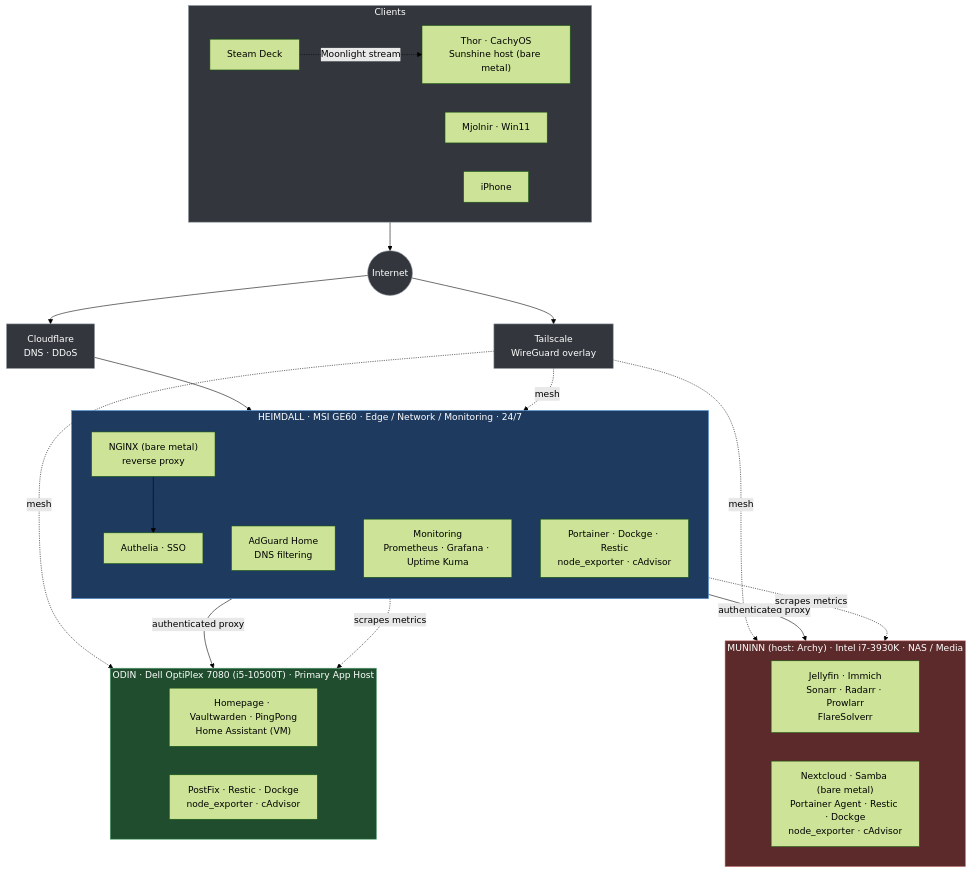
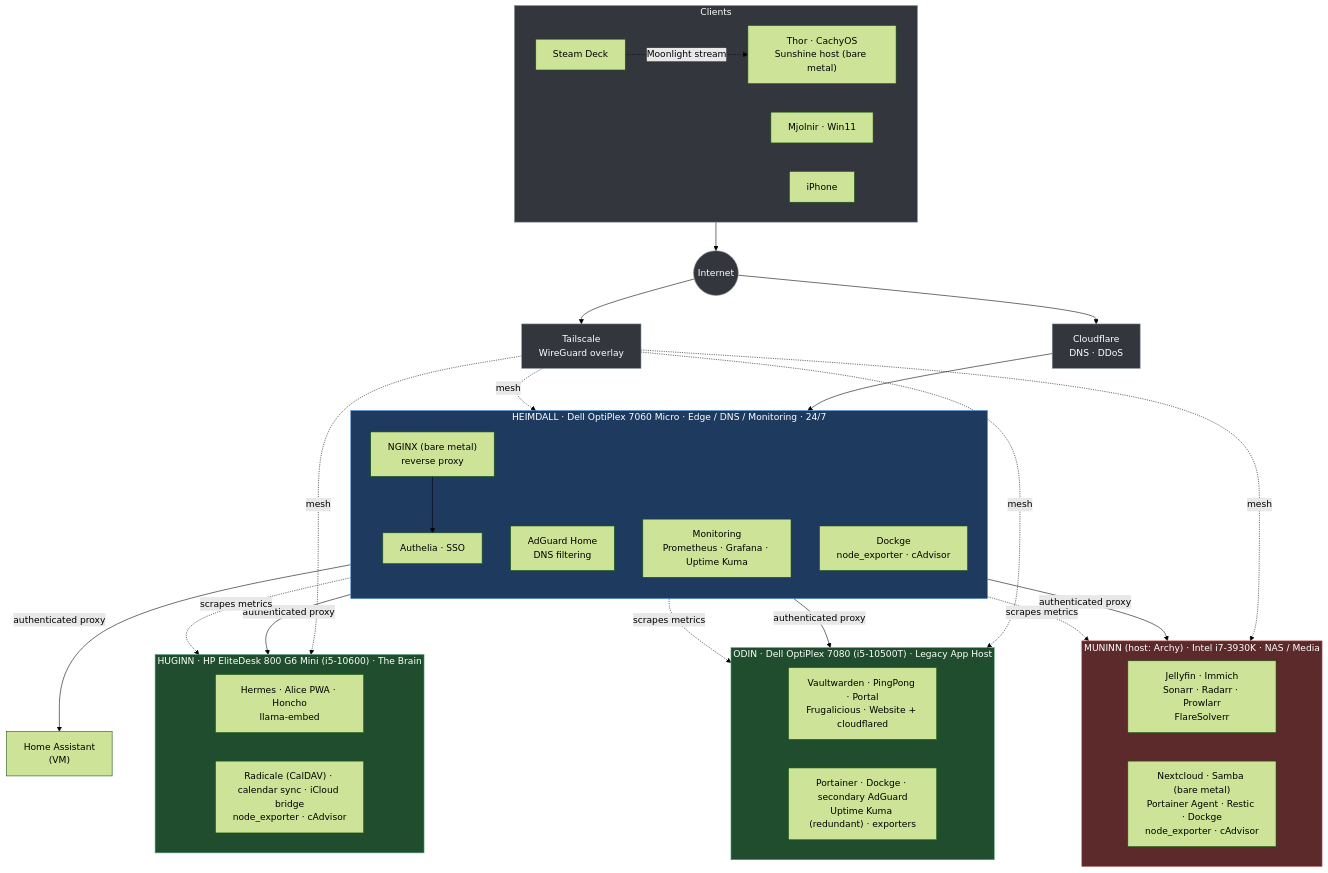
The diagram in README.md (bjschnell/NoPlaceLikeHomelab), drawn with Mermaid (forest theme) before and after one commit. The commit also changed other lines of this file and 5 other files, not shown here.

Commit message:
docs: update for October 2026 fleet change (Huginn added, Heimdall rebuilt, Odin trimmed)

````diff
--- a/README.md
+++ b/README.md
@@ -43,53 +49,65 @@
 ```mermaid
 graph TB
     subgraph Clients["Clients"]
         direction LR
         Thor["Thor · CachyOS<br/>Sunshine host (bare metal)"]
         Mjolnir["Mjolnir · Win11"]
         SteamDeck["Steam Deck"]
         iPhone["iPhone"]
     end
 
     Clients --> Internet(("Internet"))
     Internet --> Cloudflare["Cloudflare<br/>DNS · DDoS"]
     Internet --> Tailscale["Tailscale<br/>WireGuard overlay"]
     Cloudflare --> NGINX
 
-    subgraph Heimdall["HEIMDALL · MSI GE60 · Edge / Network / Monitoring · 24/7"]
+    subgraph Heimdall["HEIMDALL · Dell OptiPlex 7060 Micro · Edge / DNS / Monitoring · 24/7"]
         direction TB
         NGINX["NGINX (bare metal)<br/>reverse proxy"] --> Authelia["Authelia · SSO"]
         AdGuard["AdGuard Home<br/>DNS filtering"]
         Obs["Monitoring<br/>Prometheus · Grafana · Uptime Kuma"]
-        Mgmt_H["Portainer · Dockge · Restic<br/>node_exporter · cAdvisor"]
+        Mgmt_H["Dockge<br/>node_exporter · cAdvisor"]
     end
 
-    subgraph Odin["ODIN · Dell OptiPlex 7080 (i5-10500T) · Primary App Host"]
+    subgraph Huginn["HUGINN · HP EliteDesk 800 G6 Mini (i5-10600) · The Brain"]
         direction LR
-        A_apps["Homepage · Vaultwarden · PingPong<br/>Home Assistant (VM)"]
-        A_mgmt["PostFix · Restic · Dockge<br/>node_exporter · cAdvisor"]
+        H_ai["Hermes · Alice PWA · Honcho<br/>llama-embed"]
+        H_svc["Radicale (CalDAV) · calendar sync · iCloud bridge<br/>node_exporter · cAdvisor"]
     end
+
+    subgraph Odin["ODIN · Dell OptiPlex 7080 (i5-10500T) · Legacy App Host"]
+        direction LR
+        A_apps["Vaultwarden · PingPong · Portal<br/>Frugalicious · Website + cloudflared"]
+        A_mgmt["Portainer · Dockge · secondary AdGuard<br/>Uptime Kuma (redundant) · exporters"]
+    end
+
+    HA["Home Assistant<br/>(VM)"]
 
     subgraph Muninn["MUNINN (host: Archy) · Intel i7-3930K · NAS / Media"]
         direction LR
         M_media["Jellyfin · Immich<br/>Sonarr · Radarr · Prowlarr<br/>FlareSolverr"]
         M_store["Nextcloud · Samba (bare metal)<br/>Portainer Agent · Restic · Dockge<br/>node_exporter · cAdvisor"]
     end
 
+    Authelia -- authenticated proxy --> Huginn
     Authelia -- authenticated proxy --> Odin
+    Authelia -- authenticated proxy --> HA
     Authelia -- authenticated proxy --> Muninn
     Tailscale -. mesh .-> Heimdall
+    Tailscale -. mesh .-> Huginn
     Tailscale -. mesh .-> Odin
     Tailscale -. mesh .-> Muninn
+    Obs -. scrapes metrics .-> Huginn
     Obs -. scrapes metrics .-> Odin
     Obs -. scrapes metrics .-> Muninn
     SteamDeck -. Moonlight stream .-> Thor
 
     classDef edge fill:#1e3a5f,stroke:#4a90d9,color:#fff;
     classDef app fill:#1f4d2e,stroke:#52a373,color:#fff;
     classDef nas fill:#5c2a2a,stroke:#c97070,color:#fff;
     classDef net fill:#33373d,stroke:#8a929c,color:#fff;
     class Heimdall edge;
-    class Odin app;
+    class Odin,Huginn app;
     class Muninn nas;
     class Cloudflare,Tailscale,Internet,Clients net;
 ```
````
